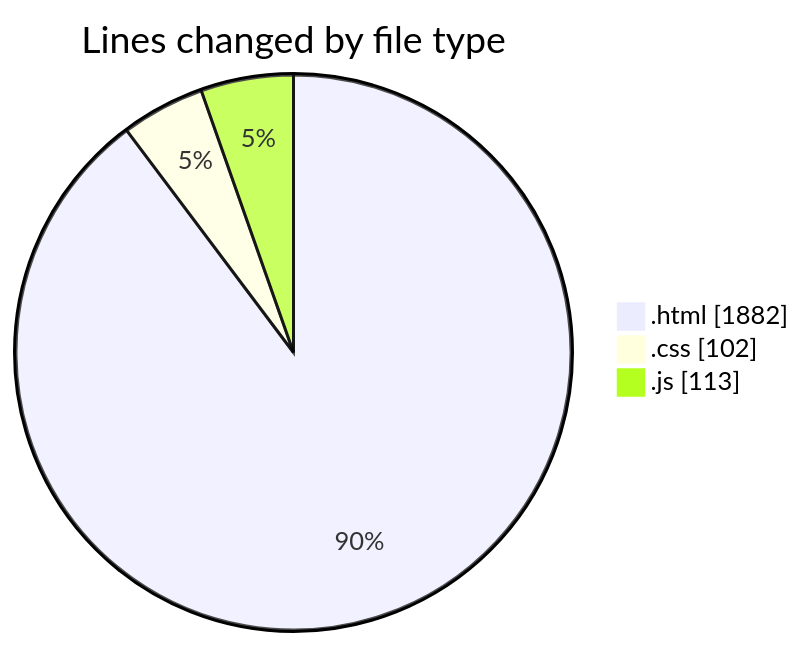
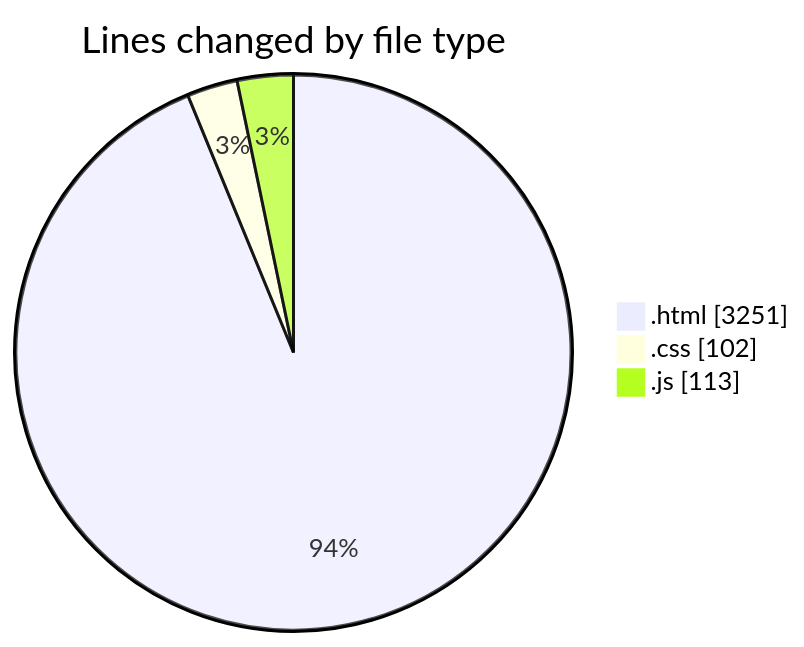
The first of 2 diagrams in 2025-08-31/abc2/README.md (IJAZ3593/code-tracking), drawn with Mermaid before and after one commit. The commit also changed other lines of this file and 1 other file, not shown here.

````diff
--- a/2025-08-31/abc2/README.md
+++ b/2025-08-31/abc2/README.md
@@ -26,7 +26,7 @@
 ```mermaid
 pie showData
 title Lines changed by file type
-".html" : 1882
+".html" : 3251
 ".css" : 102
 ".js" : 113
 ```
````
